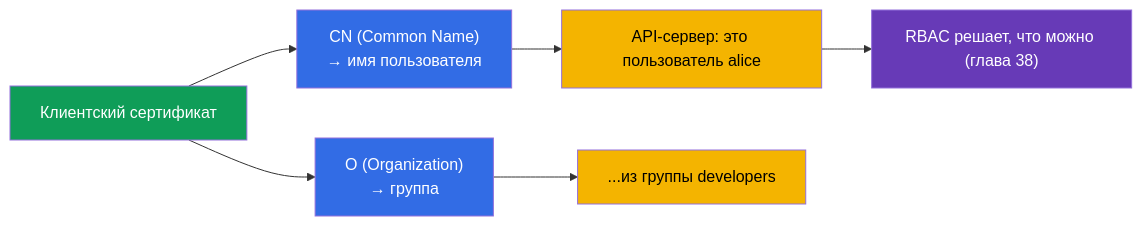
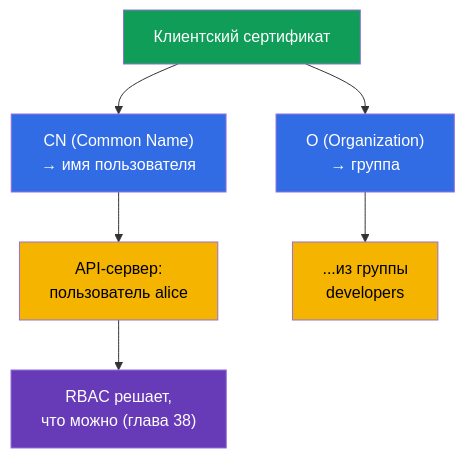
One commit to ViktorUJ/cks changed the second of 7 diagrams in tasks/cka/course/39/ru.md. Above: the diagram before and after it, drawn with Mermaid. The commit also changed other lines of this file and 30 other files, not shown here.

````diff
--- a/tasks/cka/course/39/ru.md
+++ b/tasks/cka/course/39/ru.md
@@ -43,14 +43,14 @@
 ```mermaid
-flowchart LR
+flowchart TB
     cert["Клиентский сертификат"] --> cn["CN (Common Name)<br>→ имя пользователя"]
     cert --> o["O (Organization)<br>→ группа"]
-    cn --> authn["API-сервер: это пользователь alice"]
-    o --> authn2["...из группы developers"]
-    authn --> rbac["RBAC решает, что можно (глава 38)"]
+    cn --> authn["API-сервер:<br>пользователь alice"]
+    o --> authn2["...из группы<br>developers"]
+    authn --> rbac["RBAC решает,<br>что можно (глава 38)"]
     style cert fill:#0f9d58,color:#fff
     style cn fill:#326ce5,color:#fff
     style o fill:#326ce5,color:#fff
     style authn fill:#f4b400,color:#000
     style authn2 fill:#f4b400,color:#000
     style rbac fill:#673ab7,color:#fff
 ```
````
